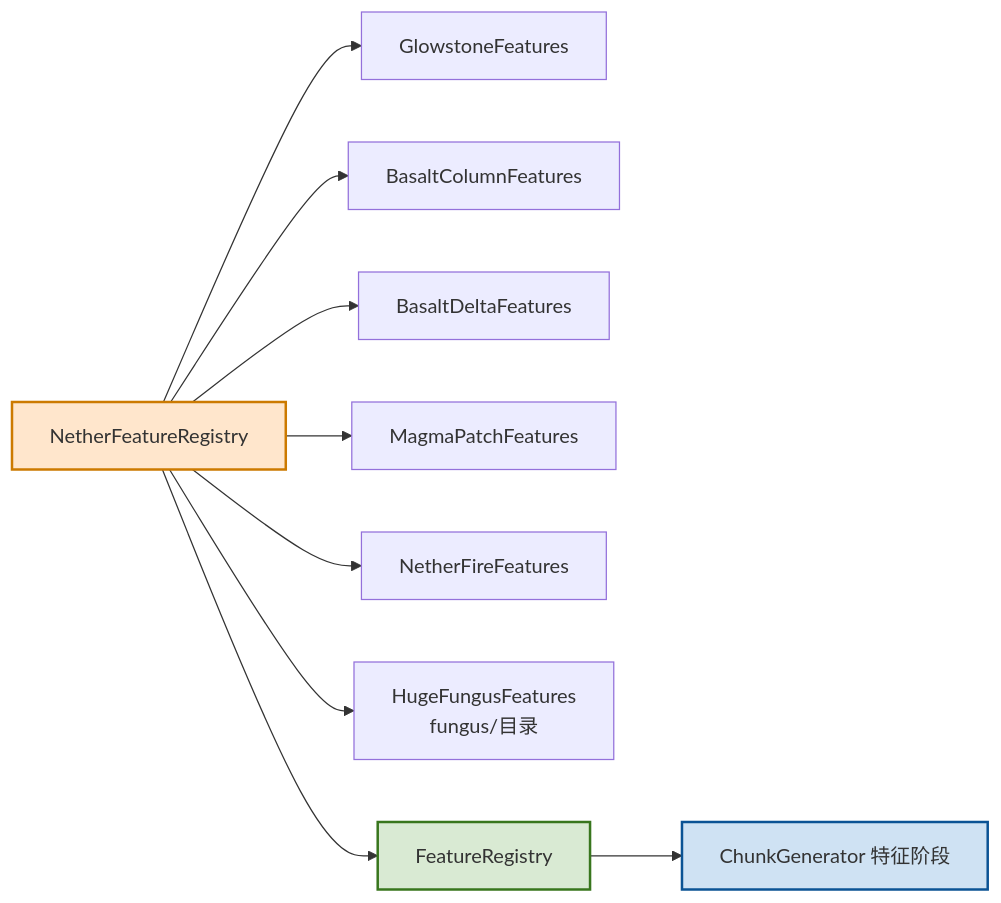
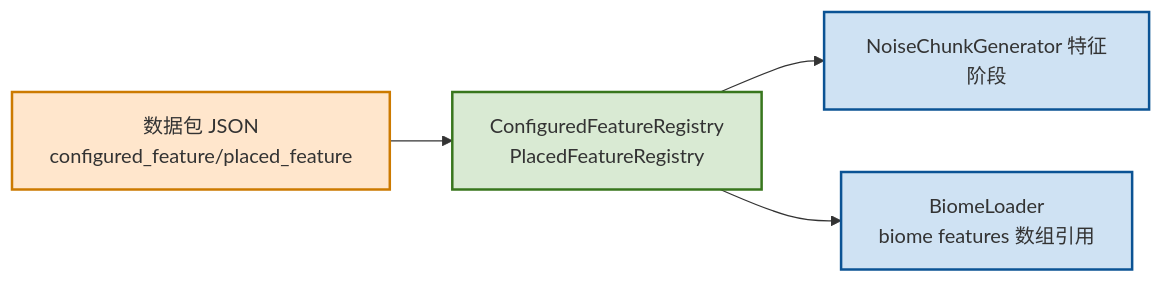
The diagram in src/common/world/gen/feature/nether/README.md (g122622/Cubium), drawn with Mermaid before and after one commit. The commit also changed other lines of this file and 153 other files, not shown here.

````diff
--- a/src/common/world/gen/feature/nether/README.md
+++ b/src/common/world/gen/feature/nether/README.md
@@ -55,15 +47,11 @@
 ```mermaid
 flowchart LR
-    A[NetherFeatureRegistry] --> B[GlowstoneFeatures]
-    A --> C[BasaltColumnFeatures]
-    A --> D[BasaltDeltaFeatures]
-    A --> E[MagmaPatchFeatures]
-    A --> F[NetherFireFeatures]
-    A --> G[HugeFungusFeatures<br/>fungus/目录]
-    A --> H[FeatureRegistry]
-    H --> I[ChunkGenerator 特征阶段]
+    A[数据包 JSON<br/>configured_feature/placed_feature] --> B[ConfiguredFeatureRegistry<br/>PlacedFeatureRegistry]
+    B --> C[NoiseChunkGenerator 特征阶段]
+    B --> D[BiomeLoader<br/>biome features 数组引用]
 
     style A fill:#ffe6cc,stroke:#cc7a00,stroke-width:2px
-    style H fill:#d9ead3,stroke:#38761d,stroke-width:2px
-    style I fill:#cfe2f3,stroke:#0b5394,stroke-width:2px
+    style B fill:#d9ead3,stroke:#38761d,stroke-width:2px
+    style C fill:#cfe2f3,stroke:#0b5394,stroke-width:2px
+    style D fill:#cfe2f3,stroke:#0b5394,stroke-width:2px
 ```
````
